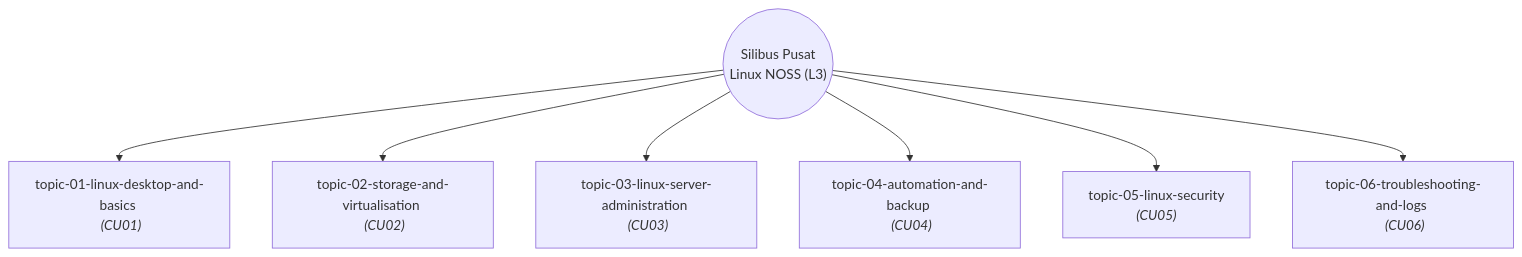
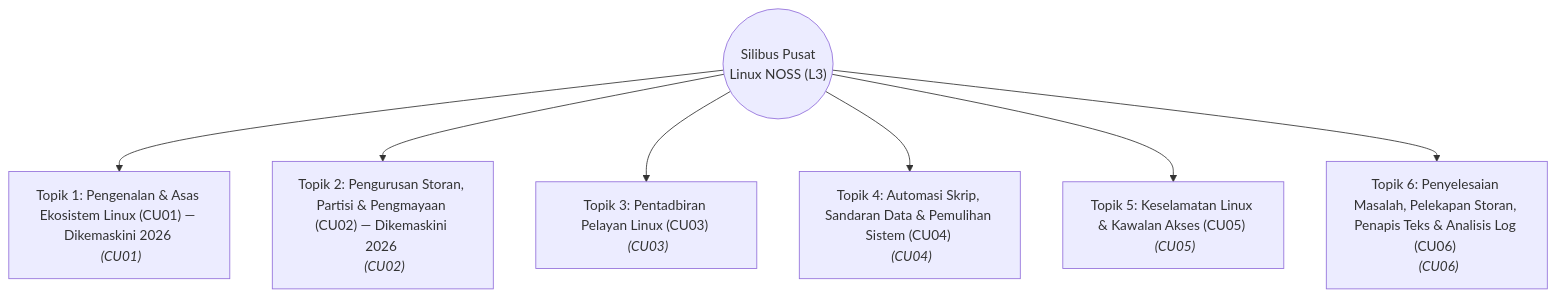
One commit to linuxmalaysia/all-my-notes-as-linux-sysadmin changed the diagram in openwiki/index.md. Above: the diagram before and after it, drawn with Mermaid. The commit also changed other lines of this file and 149 other files, not shown here.

````diff
--- a/openwiki/index.md
+++ b/openwiki/index.md
@@ -19,17 +19,17 @@
 ```mermaid
 graph TD
     Root(("Silibus Pusat\nLinux NOSS (L3)"))
 
-    T1["topic-01-linux-desktop-and-basics <br> <i>(CU01)</i>"]
-    T2["topic-02-storage-and-virtualisation <br> <i>(CU02)</i>"]
-    T3["topic-03-linux-server-administration <br> <i>(CU03)</i>"]
-    T4["topic-04-automation-and-backup <br> <i>(CU04)</i>"]
-    T5["topic-05-linux-security <br> <i>(CU05)</i>"]
-    T6["topic-06-troubleshooting-and-logs <br> <i>(CU06)</i>"]
+    T1["Topik 1: Pengenalan & Asas Ekosistem Linux (CU01) — Dikemaskini 2026 <br> <i>(CU01)</i>"]
+    T2["Topik 2: Pengurusan Storan, Partisi & Pengmayaan (CU02) — Dikemaskini 2026 <br> <i>(CU02)</i>"]
+    T3["Topik 3: Pentadbiran Pelayan Linux (CU03) <br> <i>(CU03)</i>"]
+    T4["Topik 4: Automasi Skrip, Sandaran Data & Pemulihan Sistem (CU04) <br> <i>(CU04)</i>"]
+    T5["Topik 5: Keselamatan Linux & Kawalan Akses (CU05) <br> <i>(CU05)</i>"]
+    T6["Topik 6: Penyelesaian Masalah, Pelekapan Storan, Penapis Teks & Analisis Log (CU06) <br> <i>(CU06)</i>"]
     Root --> T1
     Root --> T2
     Root --> T3
     Root --> T4
     Root --> T5
     Root --> T6
 ```
````
